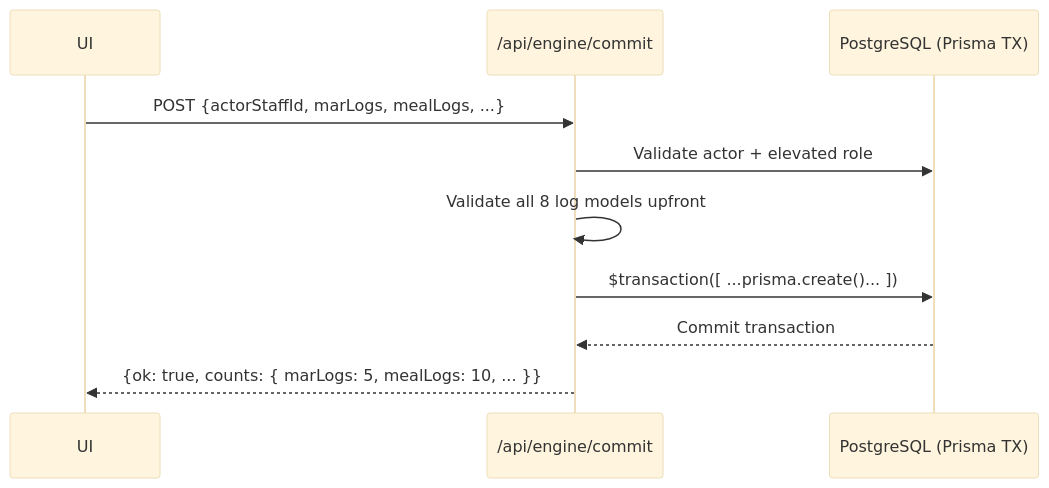
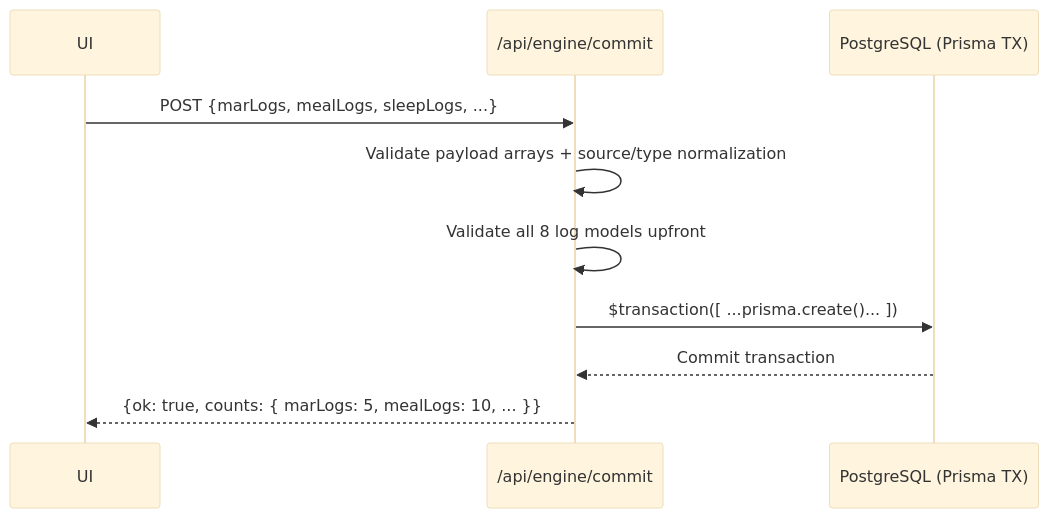
Before and after one commit to gUBII/chartgen: the second of 2 diagrams in src/docs/ARCHITECTURE_REFERENCE.md, drawn with Mermaid (base theme). The commit also changed other lines of this file and 10 other files, not shown here.

````diff
--- a/src/docs/ARCHITECTURE_REFERENCE.md
+++ b/src/docs/ARCHITECTURE_REFERENCE.md
@@ -147,13 +148,13 @@
 ```mermaid
 sequenceDiagram
     participant UI as UI
     participant API as /api/engine/commit
     participant DB as PostgreSQL (Prisma TX)
 
-    UI->>API: POST {actorStaffId, marLogs, mealLogs, ...}
-    API->>DB: Validate actor + elevated role
+    UI->>API: POST {marLogs, mealLogs, sleepLogs, ...}
+    API->>API: Validate payload arrays + source/type normalization
     API->>API: Validate all 8 log models upfront
     API->>DB: $transaction([ ...prisma.create()... ])
     DB-->>API: Commit transaction
     API-->>UI: {ok: true, counts: { marLogs: 5, mealLogs: 10, ... }}
 ```
````
